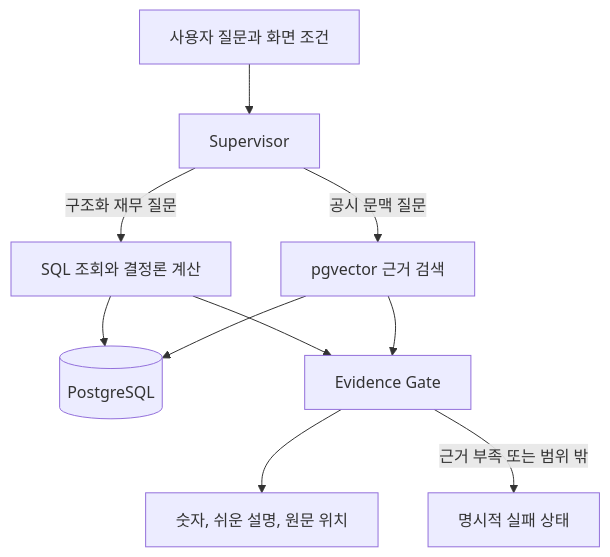
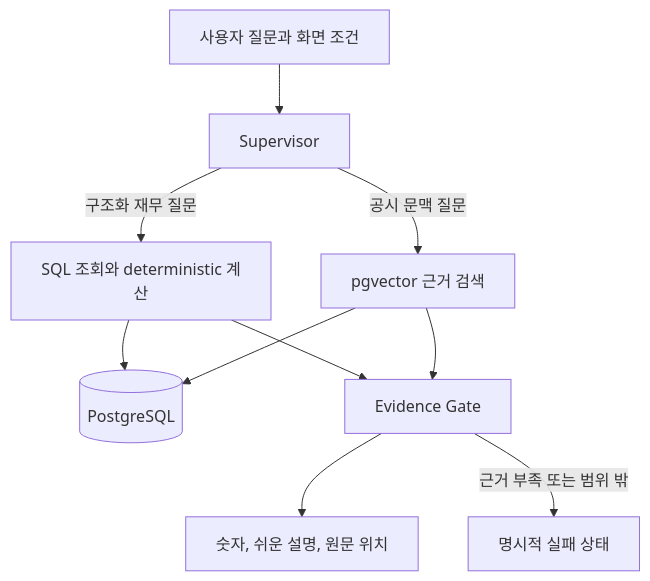
Before and after one commit to procloudkim/samnik-fact-room: the diagram in README.md, drawn with Mermaid. The commit also changed other lines of this file, not shown here.

```diff
--- a/README.md
+++ b/README.md
@@ -73,12 +73,12 @@
 ~~~mermaid
 flowchart TD
     U["사용자 질문과 화면 조건"] --> S["Supervisor"]
-    S -->|"구조화 재무 질문"| Q["SQL 조회와 결정론 계산"]
+    S -->|"구조화 재무 질문"| Q["SQL 조회와 deterministic 계산"]
     S -->|"공시 문맥 질문"| R["pgvector 근거 검색"]
     Q --> P[("PostgreSQL")]
     R --> P
     Q --> G["Evidence Gate"]
     R --> G
     G --> A["숫자, 쉬운 설명, 원문 위치"]
     G -->|"근거 부족 또는 범위 밖"| F["명시적 실패 상태"]
 ~~~
```
